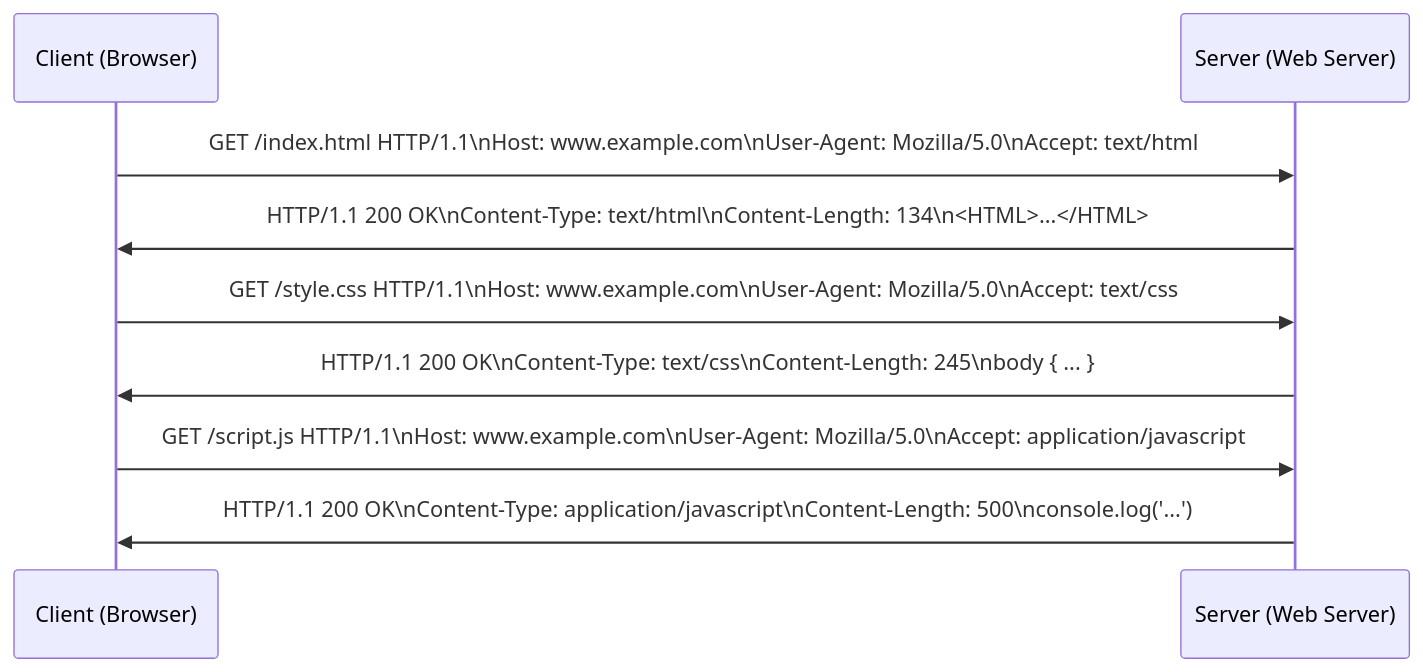
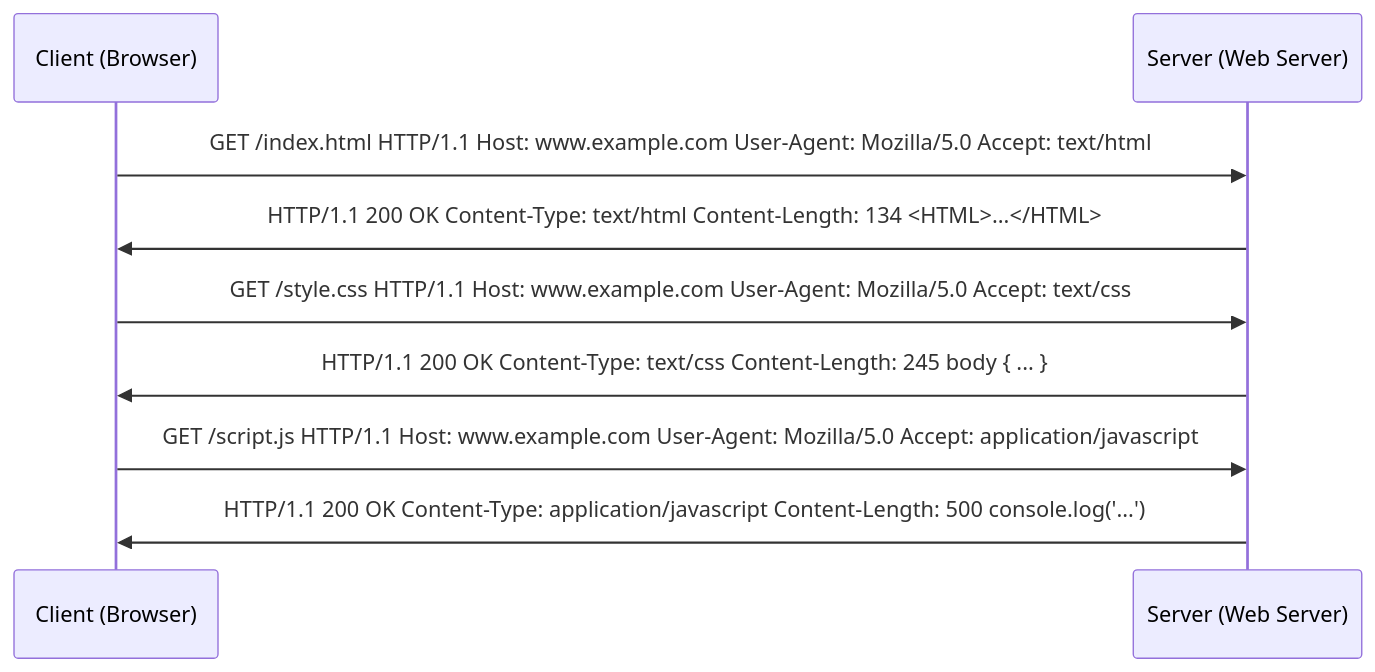
Before and after one commit to imdeepmind/imdeepmind.github.io: the seventh of 8 diagrams in docs/networking/protocols/layer-7/http.md, drawn with Mermaid. The commit also changed other lines of this file, not shown here.

Commit message:
docs(networking): IMDEEPMIND-28: updated the http docs

````diff
--- a/docs/networking/protocols/layer-7/http.md
+++ b/docs/networking/protocols/layer-7/http.md
@@ -370,12 +395,12 @@
-    ```mermaid
-    sequenceDiagram
-        participant Client as Client (Browser)
-        participant Server as Server (Web Server)
+```mermaid
+sequenceDiagram
+    participant Client as Client (Browser)
+    participant Server as Server (Web Server)
 
-        Client->>Server: GET /index.html HTTP/1.1\nHost: www.example.com\nUser-Agent: Mozilla/5.0\nAccept: text/html
-        Server->>Client: HTTP/1.1 200 OK\nContent-Type: text/html\nContent-Length: 134\n<HTML>...</HTML>
-        Client->>Server: GET /style.css HTTP/1.1\nHost: www.example.com\nUser-Agent: Mozilla/5.0\nAccept: text/css
-        Server->>Client: HTTP/1.1 200 OK\nContent-Type: text/css\nContent-Length: 245\nbody { ... }
-        Client->>Server: GET /script.js HTTP/1.1\nHost: www.example.com\nUser-Agent: Mozilla/5.0\nAccept: application/javascript
-        Server->>Client: HTTP/1.1 200 OK\nContent-Type: application/javascript\nContent-Length: 500\nconsole.log('...')
-    ```
+    Client->>Server: GET /index.html HTTP/1.1 Host: www.example.com User-Agent: Mozilla/5.0 Accept: text/html
+    Server->>Client: HTTP/1.1 200 OK Content-Type: text/html Content-Length: 134 <HTML>...</HTML>
+    Client->>Server: GET /style.css HTTP/1.1 Host: www.example.com User-Agent: Mozilla/5.0 Accept: text/css
+    Server->>Client: HTTP/1.1 200 OK Content-Type: text/css Content-Length: 245 body { ... }
+    Client->>Server: GET /script.js HTTP/1.1 Host: www.example.com User-Agent: Mozilla/5.0 Accept: application/javascript
+    Server->>Client: HTTP/1.1 200 OK Content-Type: application/javascript Content-Length: 500 console.log('...')
+```
````
